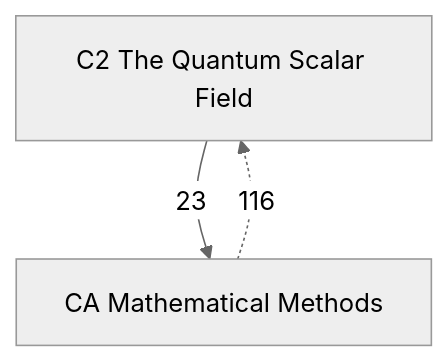
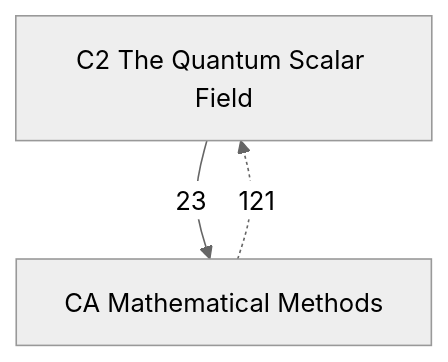
Before and after one commit to Onion20040508/notes: the diagram in Physics/Quantum Field Theory/Quantum Field Theory.md, drawn with Mermaid (neutral theme). The commit also changed other lines of this file and 63 other files, not shown here.

````diff
--- a/Physics/Quantum Field Theory/Quantum Field Theory.md
+++ b/Physics/Quantum Field Theory/Quantum Field Theory.md
@@ -21,7 +21,7 @@
 ```mermaid
 graph TD
   C2["C2 The Quantum Scalar Field"]
   CA["CA Mathematical Methods"]
   C2 -->|23| CA
-  CA -.->|116| C2
+  CA -.->|121| C2
 ```
````
